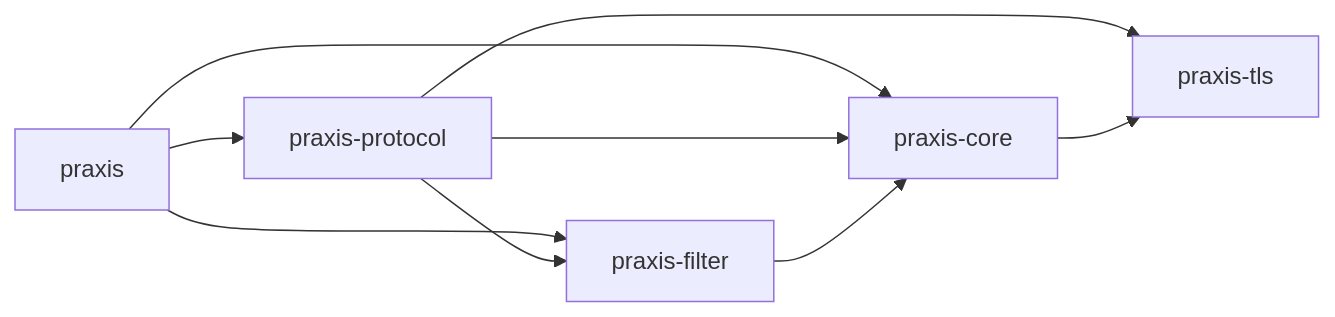
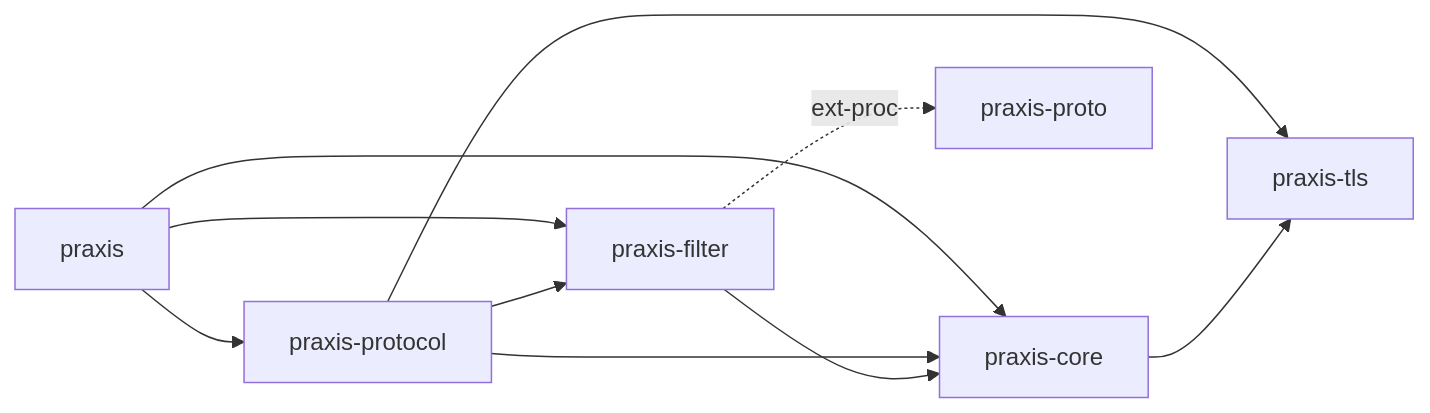
The seventh of 8 diagrams in docs/architecture.md (noyitz/ai), drawn with Mermaid before and after one commit. The commit also changed other lines of this file and 1 other file, not shown here.

Commit message:
docs: add docs coverage for proto

````diff
--- a/docs/architecture.md
+++ b/docs/architecture.md
@@ -552,11 +561,12 @@
 ```mermaid
 graph LR
     praxis --> praxis-protocol
     praxis --> praxis-filter
     praxis --> praxis-core
     praxis-protocol --> praxis-filter
     praxis-protocol --> praxis-core
     praxis-protocol --> praxis-tls
     praxis-filter --> praxis-core
+    praxis-filter -.->|ext-proc| praxis-proto
     praxis-core --> praxis-tls
 ```
````
